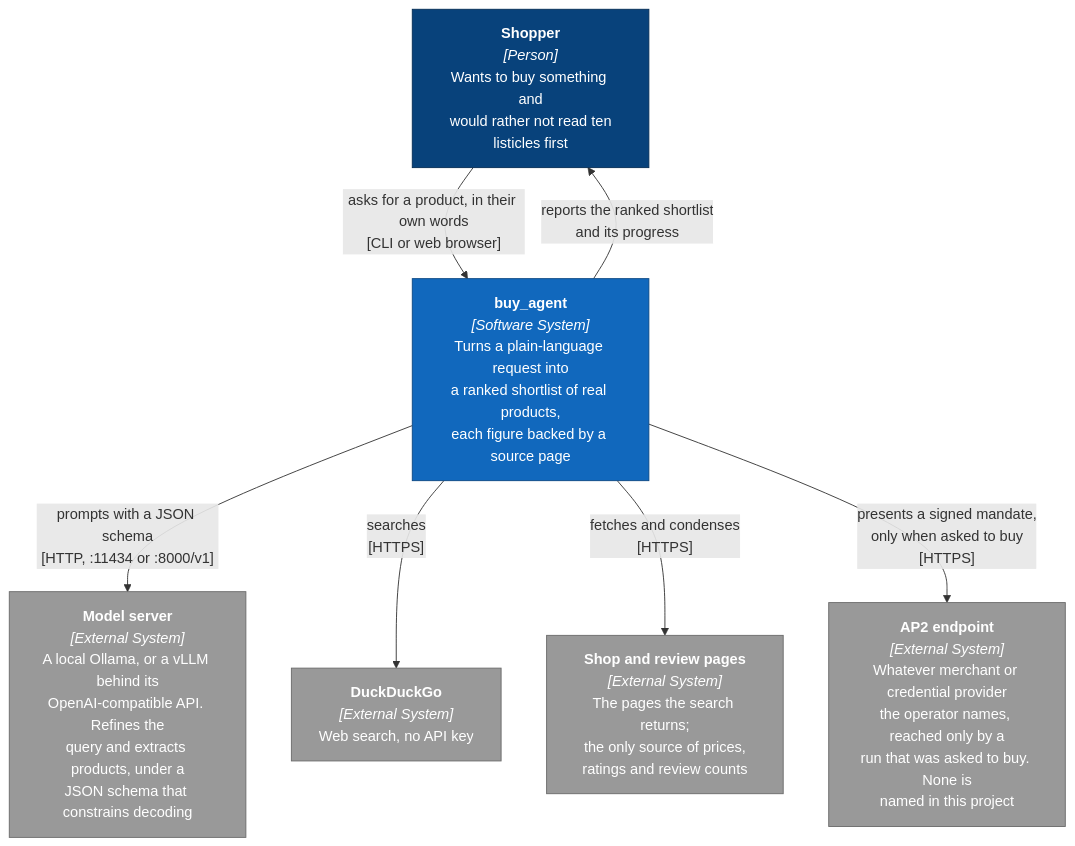
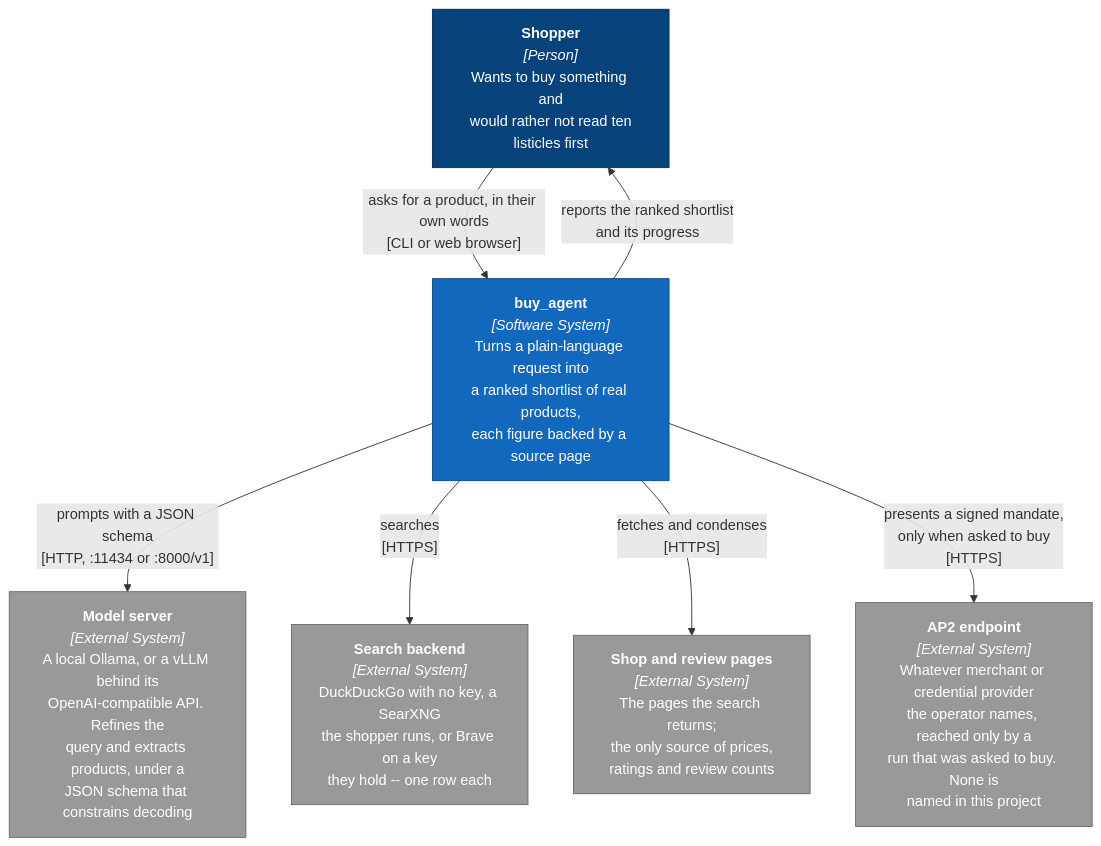
One commit to adamw7/buy_agent changed the first of 5 diagrams in docs/architecture.md. Above: the diagram before and after it, drawn with Mermaid. The commit also changed other lines of this file and 39 other files, not shown here.

First line of the commit message:
Let the shopper name the currency, and the search backend a row in a table (#212)

````diff
--- a/docs/architecture.md
+++ b/docs/architecture.md
@@ -17,25 +17,25 @@
 ```mermaid
 graph TB
     shopper["<b>Shopper</b><br/><i>[Person]</i><br/>Wants to buy something and<br/>would rather not read ten<br/>listicles first"]
 
     system["<b>buy_agent</b><br/><i>[Software System]</i><br/>Turns a plain-language request into<br/>a ranked shortlist of real products,<br/>each figure backed by a source page"]
 
     ollama["<b>Model server</b><br/><i>[External System]</i><br/>A local Ollama, or a vLLM behind its<br/>OpenAI-compatible API. Refines the<br/>query and extracts products, under a<br/>JSON schema that constrains decoding"]
-    ddg["<b>DuckDuckGo</b><br/><i>[External System]</i><br/>Web search, no API key"]
+    ddg["<b>Search backend</b><br/><i>[External System]</i><br/>DuckDuckGo with no key, a SearXNG<br/>the shopper runs, or Brave on a key<br/>they hold -- one row each"]
     shops["<b>Shop and review pages</b><br/><i>[External System]</i><br/>The pages the search returns;<br/>the only source of prices,<br/>ratings and review counts"]
     counterparty["<b>AP2 endpoint</b><br/><i>[External System]</i><br/>Whatever merchant or credential provider<br/>the operator names, reached only by a<br/>run that was asked to buy. None is<br/>named in this project"]
 
     shopper -->|"asks for a product, in their own words<br/>[CLI or web browser]"| system
     system -->|"reports the ranked shortlist<br/>and its progress"| shopper
     system -->|"prompts with a JSON schema<br/>[HTTP, :11434 or :8000/v1]"| ollama
     system -->|"searches<br/>[HTTPS]"| ddg
     system -->|"fetches and condenses<br/>[HTTPS]"| shops
     system -->|"presents a signed mandate,<br/>only when asked to buy<br/>[HTTPS]"| counterparty
 
     classDef person fill:#08427b,stroke:#052e56,color:#fff
     classDef internal fill:#1168bd,stroke:#0b4884,color:#fff
     classDef external fill:#999,stroke:#6b6b6b,color:#fff
     class shopper person
     class system internal
     class ollama,ddg,shops,counterparty external
 ```
````
